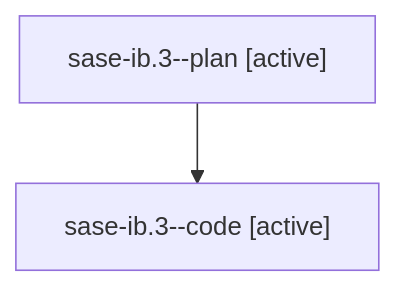
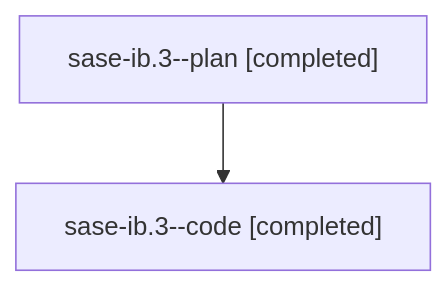
The diagram in families/bbugyi200.athena.sase-ib.3.md (sase-org/sase--agents), drawn with Mermaid before and after one commit. The commit also changed other lines of this file and 1497 other files, not shown here.

````diff
--- a/families/bbugyi200.athena.sase-ib.3.md
+++ b/families/bbugyi200.athena.sase-ib.3.md
@@ -9,6 +9,6 @@
 ```mermaid
 flowchart TD
-  n0["sase-ib.3--plan [active]"]
-  n1["sase-ib.3--code [active]"]
+  n0["sase-ib.3--plan [completed]"]
+  n1["sase-ib.3--code [completed]"]
   n0 --> n1
 ```
````
